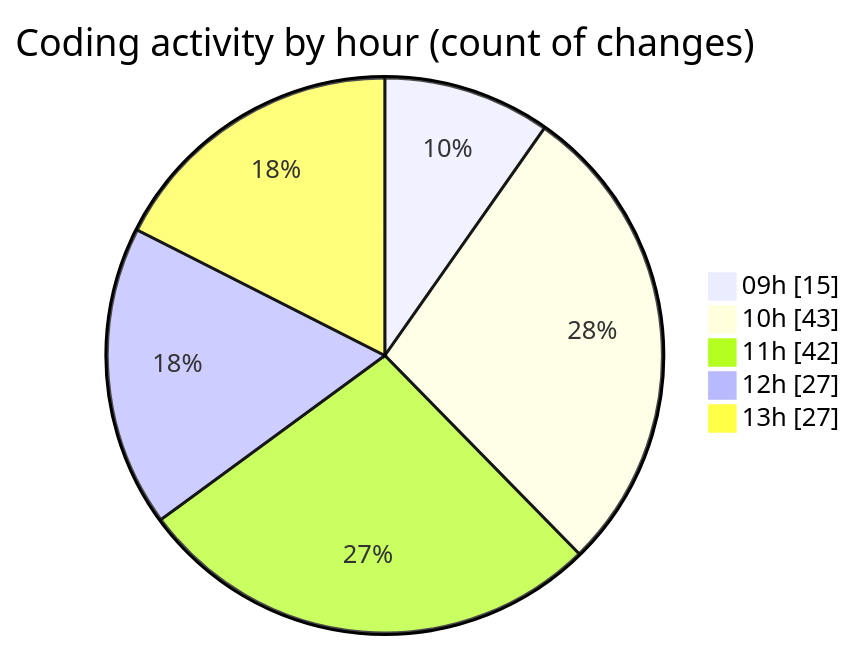
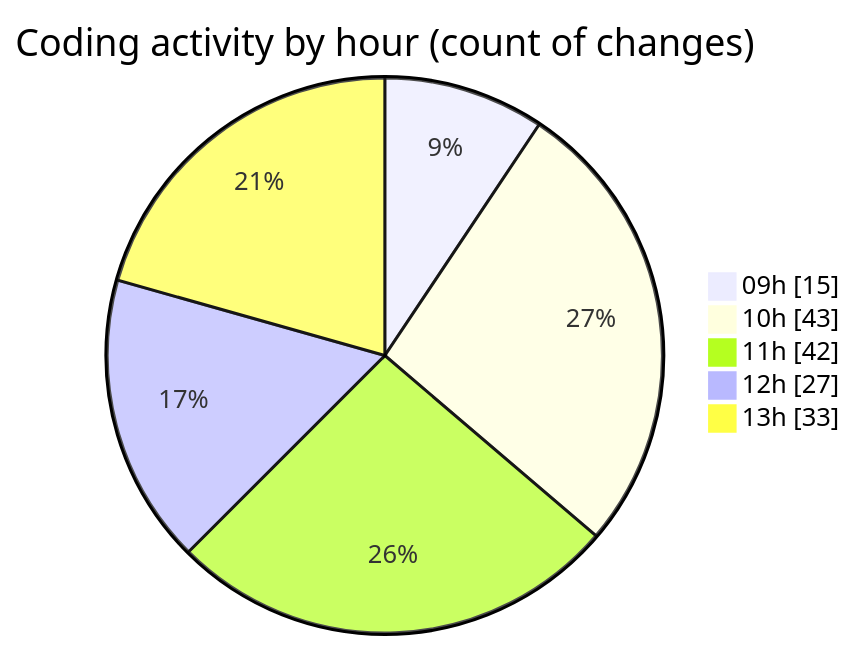
Before and after one commit to momahboobian/code-tracking: the second of 2 diagrams in 2025-09-30/cda/README.md, drawn with Mermaid. The commit also changed other lines of this file and 1 other file, not shown here.

````diff
--- a/2025-09-30/cda/README.md
+++ b/2025-09-30/cda/README.md
@@ -32,9 +32,9 @@
 ```mermaid
 pie showData
 title Coding activity by hour (count of changes)
 "09h" : 15
 "10h" : 43
 "11h" : 42
 "12h" : 27
-"13h" : 27
+"13h" : 33
 ```
````
